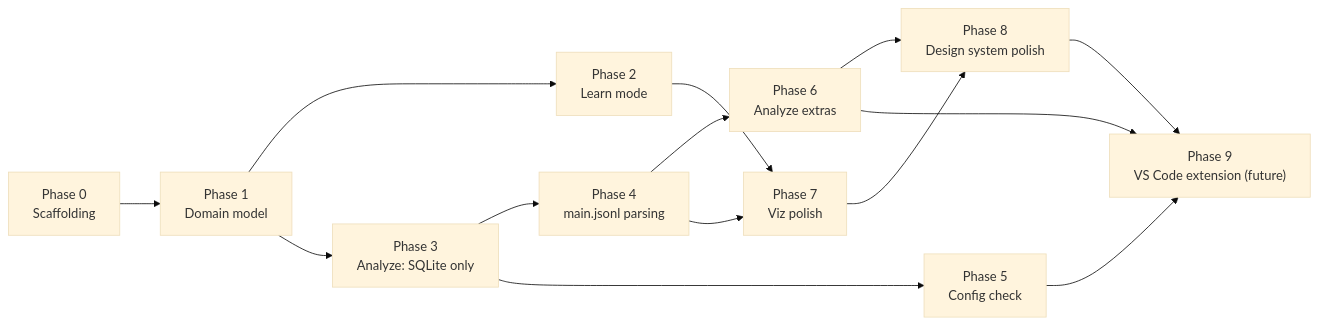
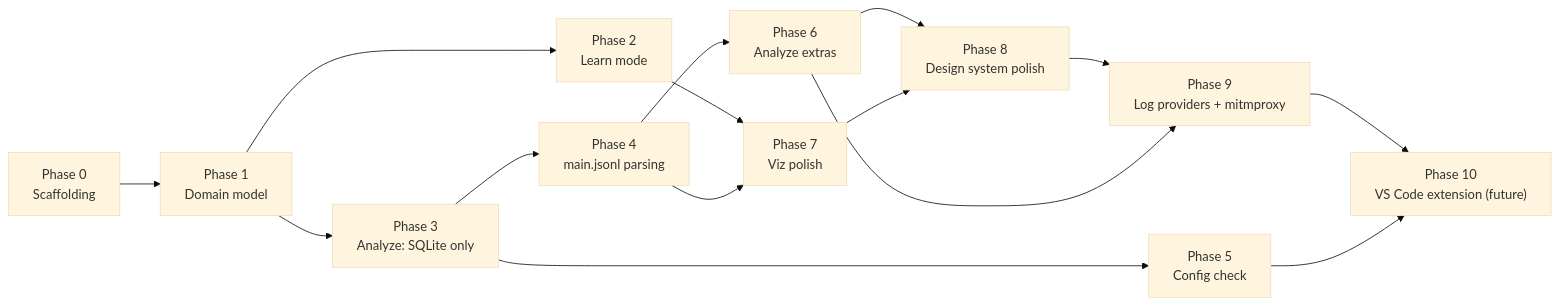
Before and after one commit to raulkivi/gh-cp-chat-analyser: the diagram in docs/implementation-plan.md, drawn with Mermaid (base theme). The commit also changed other lines of this file and 2 other files, not shown here.

Commit message:
docs: design extensible log providers

````diff
--- a/docs/implementation-plan.md
+++ b/docs/implementation-plan.md
@@ -592,16 +632,17 @@
 ```mermaid
 flowchart LR
     P0["Phase 0<br/>Scaffolding"] --> P1["Phase 1<br/>Domain model"]
     P1 --> P2["Phase 2<br/>Learn mode"]
     P1 --> P3["Phase 3<br/>Analyze: SQLite only"]
     P3 --> P4["Phase 4<br/>main.jsonl parsing"]
     P3 --> P5["Phase 5<br/>Config check"]
     P4 --> P6["Phase 6<br/>Analyze extras"]
     P2 --> P7["Phase 7<br/>Viz polish"]
     P4 --> P7
     P6 --> P8["Phase 8<br/>Design system polish"]
     P7 --> P8
-    P6 --> P9["Phase 9<br/>VS Code extension (future)"]
-    P5 --> P9
-    P8 --> P9
+    P8 --> P9["Phase 9<br/>Log providers + mitmproxy"]
+    P6 --> P9
+    P9 --> P10["Phase 10<br/>VS Code extension (future)"]
+    P5 --> P10
 ```
````
